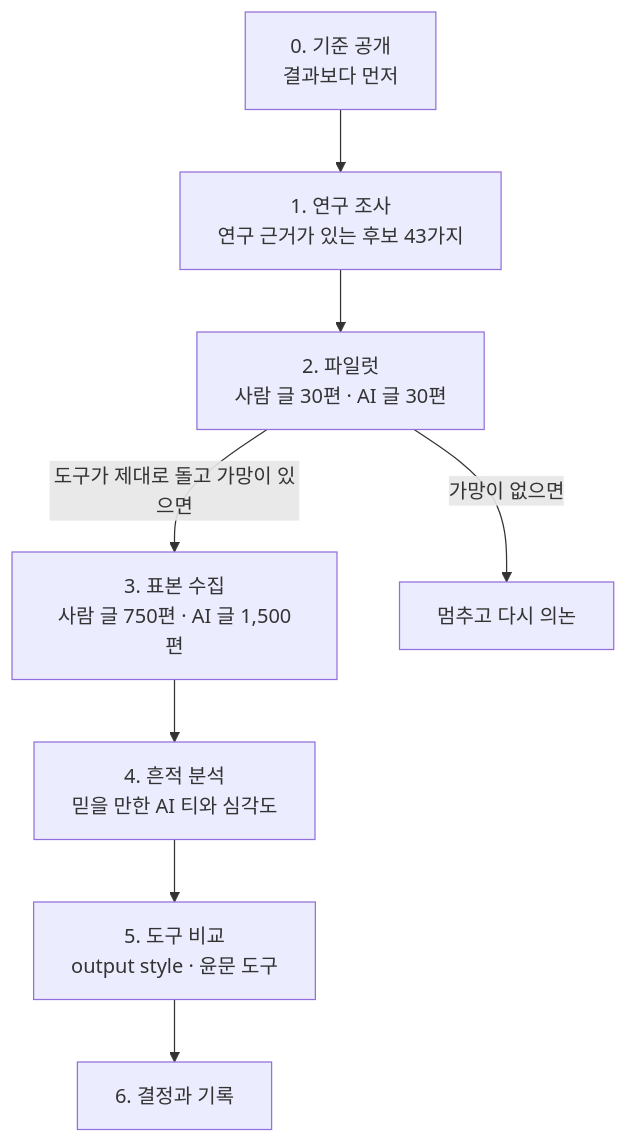
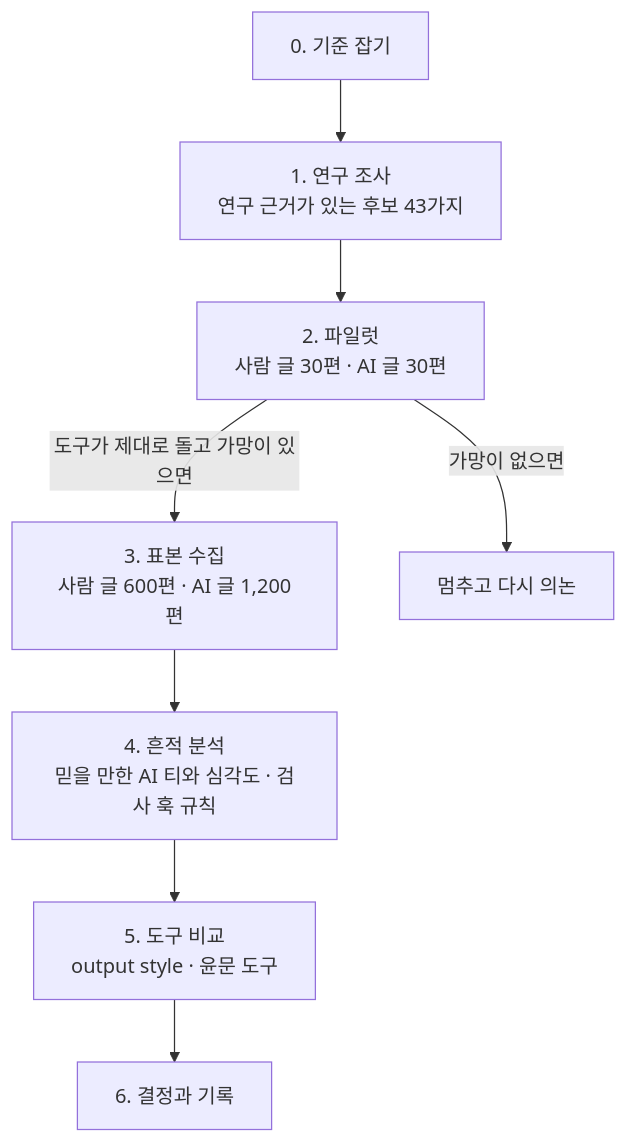
Before and after one commit to IsthisLee/korean-writing: the diagram in docs/analysis/README.md, drawn with Mermaid. The commit also changed other lines of this file and 2 other files, not shown here.

````diff
--- a/docs/analysis/README.md
+++ b/docs/analysis/README.md
@@ -81,10 +86,10 @@
 ```mermaid
 flowchart TD
-  S0["0. 기준 공개<br>결과보다 먼저"] --> S1["1. 연구 조사<br>연구 근거가 있는 후보 43가지"]
+  S0["0. 기준 잡기"] --> S1["1. 연구 조사<br>연구 근거가 있는 후보 43가지"]
   S1 --> S2["2. 파일럿<br>사람 글 30편 · AI 글 30편"]
-  S2 -->|"도구가 제대로 돌고 가망이 있으면"| S3["3. 표본 수집<br>사람 글 750편 · AI 글 1,500편"]
+  S2 -->|"도구가 제대로 돌고 가망이 있으면"| S3["3. 표본 수집<br>사람 글 600편 · AI 글 1,200편"]
   S2 -->|"가망이 없으면"| STOP["멈추고 다시 의논"]
-  S3 --> S4["4. 흔적 분석<br>믿을 만한 AI 티와 심각도"]
+  S3 --> S4["4. 흔적 분석<br>믿을 만한 AI 티와 심각도 · 검사 훅 규칙"]
   S4 --> S5["5. 도구 비교<br>output style · 윤문 도구"]
   S5 --> S6["6. 결정과 기록"]
 ```
````
